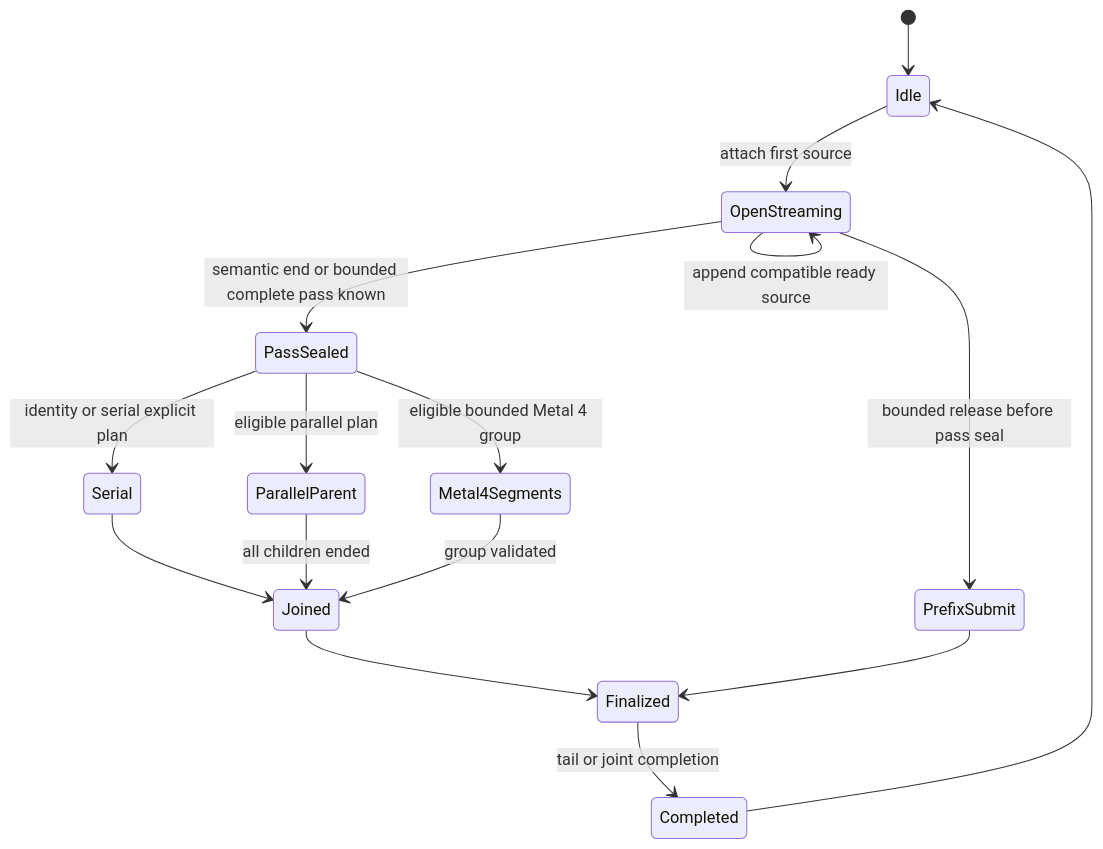
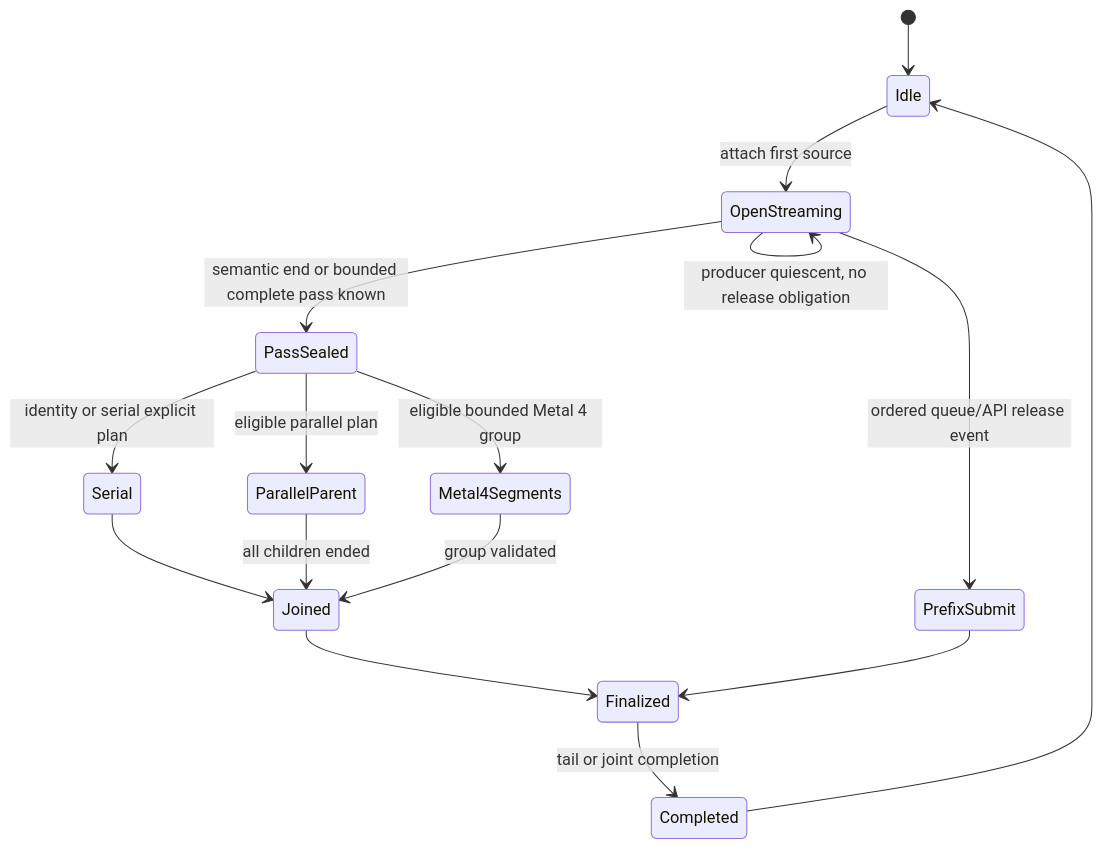
One commit to dfdgsdfg/dxmt9 changed the third of 3 diagrams in specs/backend/encode-scheduling/spec.md. Above: the diagram before and after it, drawn with Mermaid. The commit also changed other lines of this file and 3 other files, not shown here.

````diff
--- a/specs/backend/encode-scheduling/spec.md
+++ b/specs/backend/encode-scheduling/spec.md
@@ -123,18 +353,19 @@
 ```mermaid
 stateDiagram-v2
   [*] --> Idle
   Idle --> OpenStreaming: attach first source
   OpenStreaming --> OpenStreaming: append compatible ready source
-  OpenStreaming --> PrefixSubmit: bounded release before pass seal
+  OpenStreaming --> OpenStreaming: producer quiescent, no release obligation
+  OpenStreaming --> PrefixSubmit: ordered queue/API release event
   OpenStreaming --> PassSealed: semantic end or bounded complete pass known
   PassSealed --> Serial: identity or serial explicit plan
   PassSealed --> ParallelParent: eligible parallel plan
   PassSealed --> Metal4Segments: eligible bounded Metal 4 group
   Serial --> Joined
   ParallelParent --> Joined: all children ended
   Metal4Segments --> Joined: group validated
   Joined --> Finalized
   PrefixSubmit --> Finalized
   Finalized --> Completed: tail or joint completion
   Completed --> Idle
 ```
````
